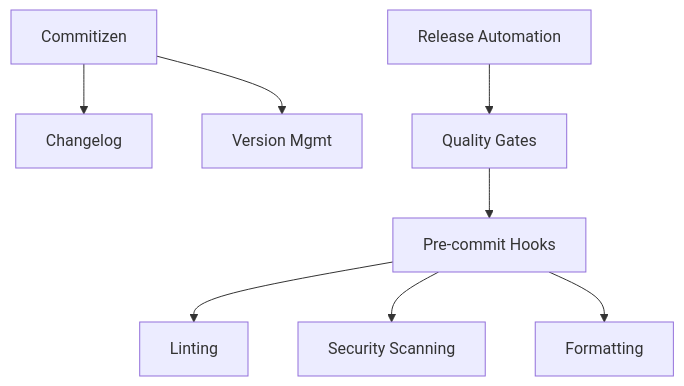
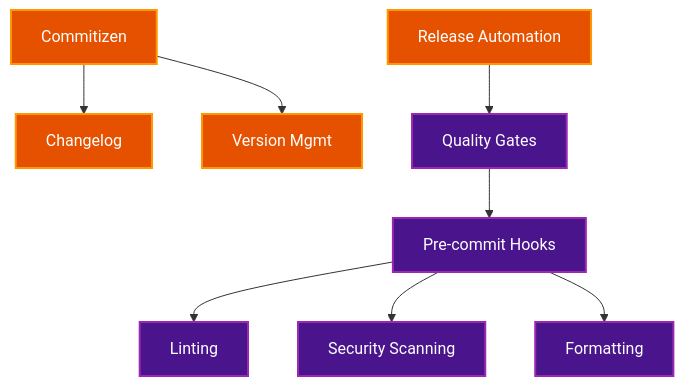
Before and after one commit to brunseba/private-dns-zone: the third of 3 diagrams in docs/components.md, drawn with Mermaid. The commit also changed other lines of this file, not shown here.

````diff
--- a/docs/components.md
+++ b/docs/components.md
@@ -215,10 +418,16 @@
 ```mermaid
 graph TD
     CMP-040[Pre-commit Hooks] --> CMP-041[Linting]
     CMP-040 --> CMP-042[Security Scanning]
     CMP-040 --> CMP-043[Formatting]
     CMP-045[Commitizen] --> CMP-046[Changelog]
     CMP-045 --> CMP-047[Version Mgmt]
     CMP-048[Release Automation] --> CMP-049[Quality Gates]
     CMP-049 --> CMP-040
+    
+    classDef quality fill:#4a148c,stroke:#9c27b0,stroke-width:2px,color:#ffffff
+    classDef release fill:#e65100,stroke:#ff9800,stroke-width:2px,color:#ffffff
+    
+    class CMP-040,CMP-041,CMP-042,CMP-043,CMP-044,CMP-049 quality
+    class CMP-045,CMP-046,CMP-047,CMP-048 release
 ```
````
